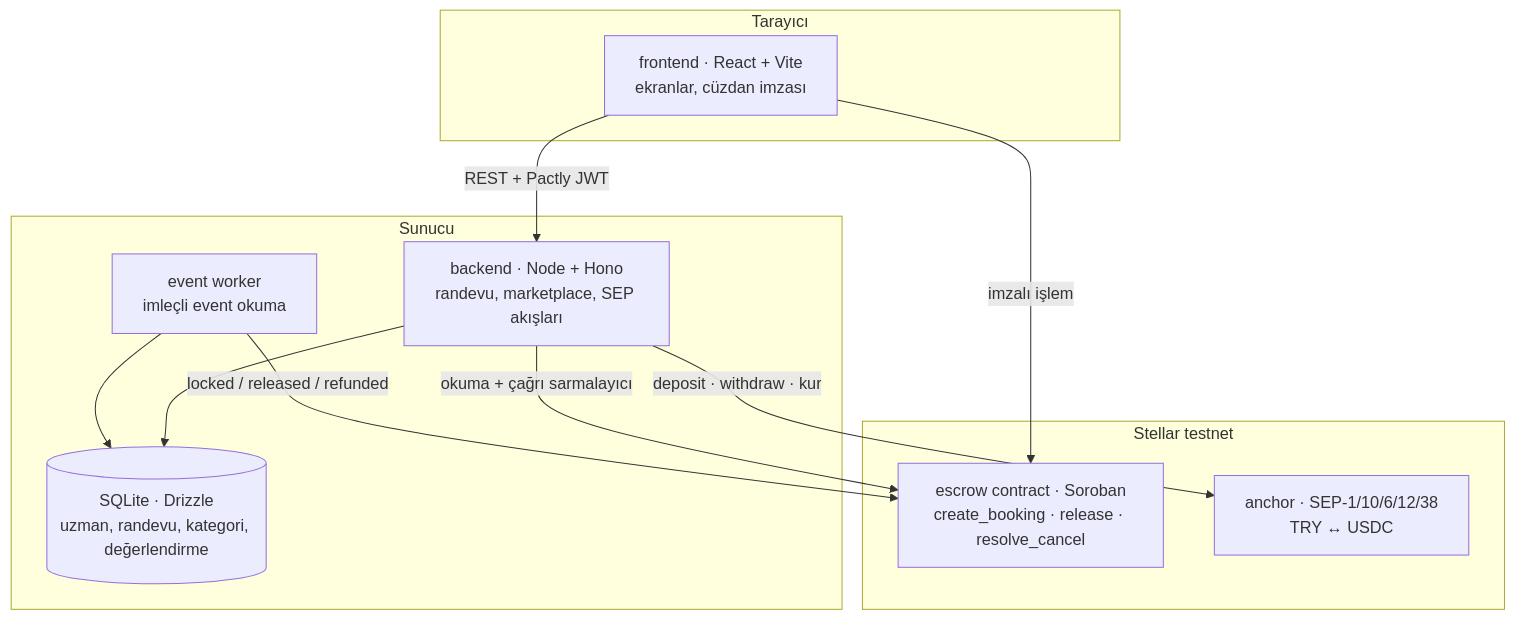
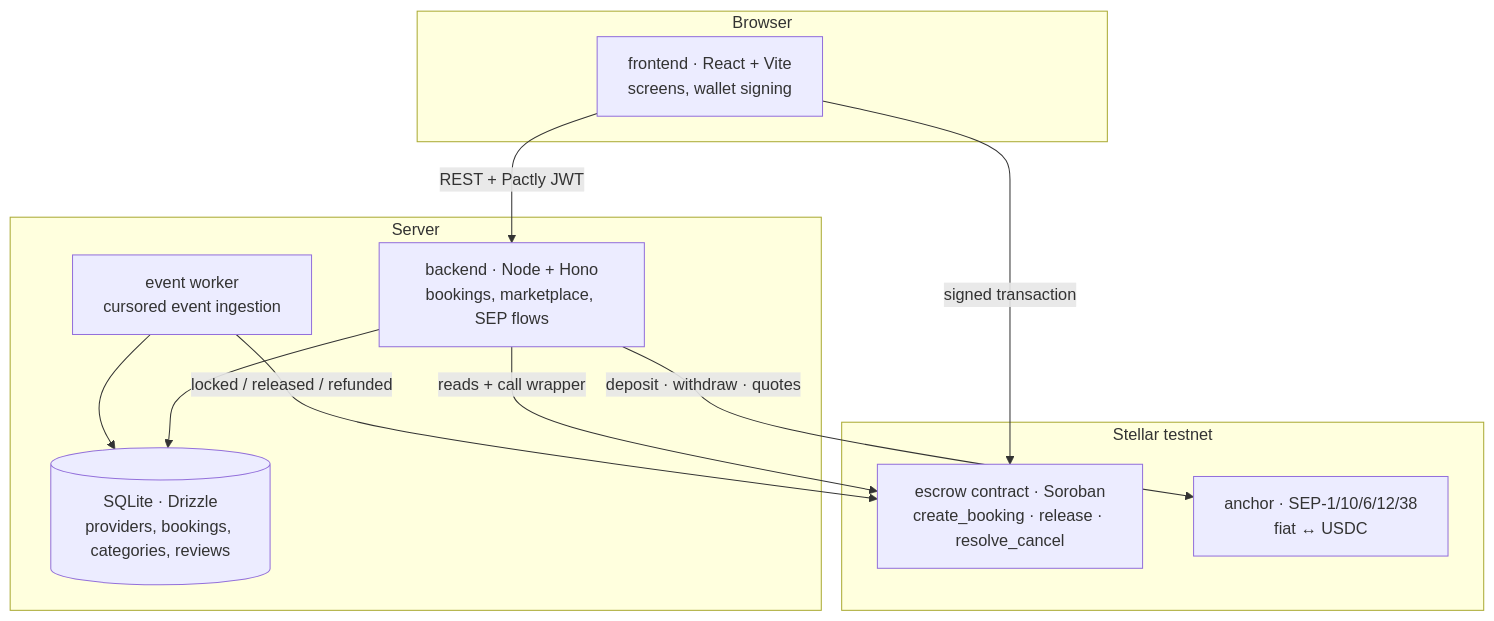
One commit to CemAyyildiz/Pactly changed the diagram in README.md. Above: the diagram before and after it, drawn with Mermaid. The commit also changed other lines of this file and 10 other files, not shown here.

````diff
--- a/README.md
+++ b/README.md
@@ -28,23 +28,23 @@
 ```mermaid
 graph TD
-  subgraph client["Tarayıcı"]
-    FE["frontend · React + Vite<br/>ekranlar, cüzdan imzası"]
+  subgraph client["Browser"]
+    FE["frontend · React + Vite<br/>screens, wallet signing"]
   end
-  subgraph server["Sunucu"]
-    BE["backend · Node + Hono<br/>randevu, marketplace, SEP akışları"]
-    EW["event worker<br/>imleçli event okuma"]
-    DB[("SQLite · Drizzle<br/>uzman, randevu, kategori, değerlendirme")]
+  subgraph server["Server"]
+    BE["backend · Node + Hono<br/>bookings, marketplace, SEP flows"]
+    EW["event worker<br/>cursored event ingestion"]
+    DB[("SQLite · Drizzle<br/>providers, bookings, categories, reviews")]
   end
   subgraph chain["Stellar testnet"]
     CT["escrow contract · Soroban<br/>create_booking · release · resolve_cancel"]
-    AN["anchor · SEP-1/10/6/12/38<br/>TRY ↔ USDC"]
+    AN["anchor · SEP-1/10/6/12/38<br/>fiat ↔ USDC"]
   end
 
   FE -->|"REST + Pactly JWT"| BE
-  FE -->|"imzalı işlem"| CT
+  FE -->|"signed transaction"| CT
   BE --> DB
-  BE -->|"okuma + çağrı sarmalayıcı"| CT
-  BE -->|"deposit · withdraw · kur"| AN
+  BE -->|"reads + call wrapper"| CT
+  BE -->|"deposit · withdraw · quotes"| AN
   EW -->|"locked / released / refunded"| CT
   EW --> DB
 ```
````
